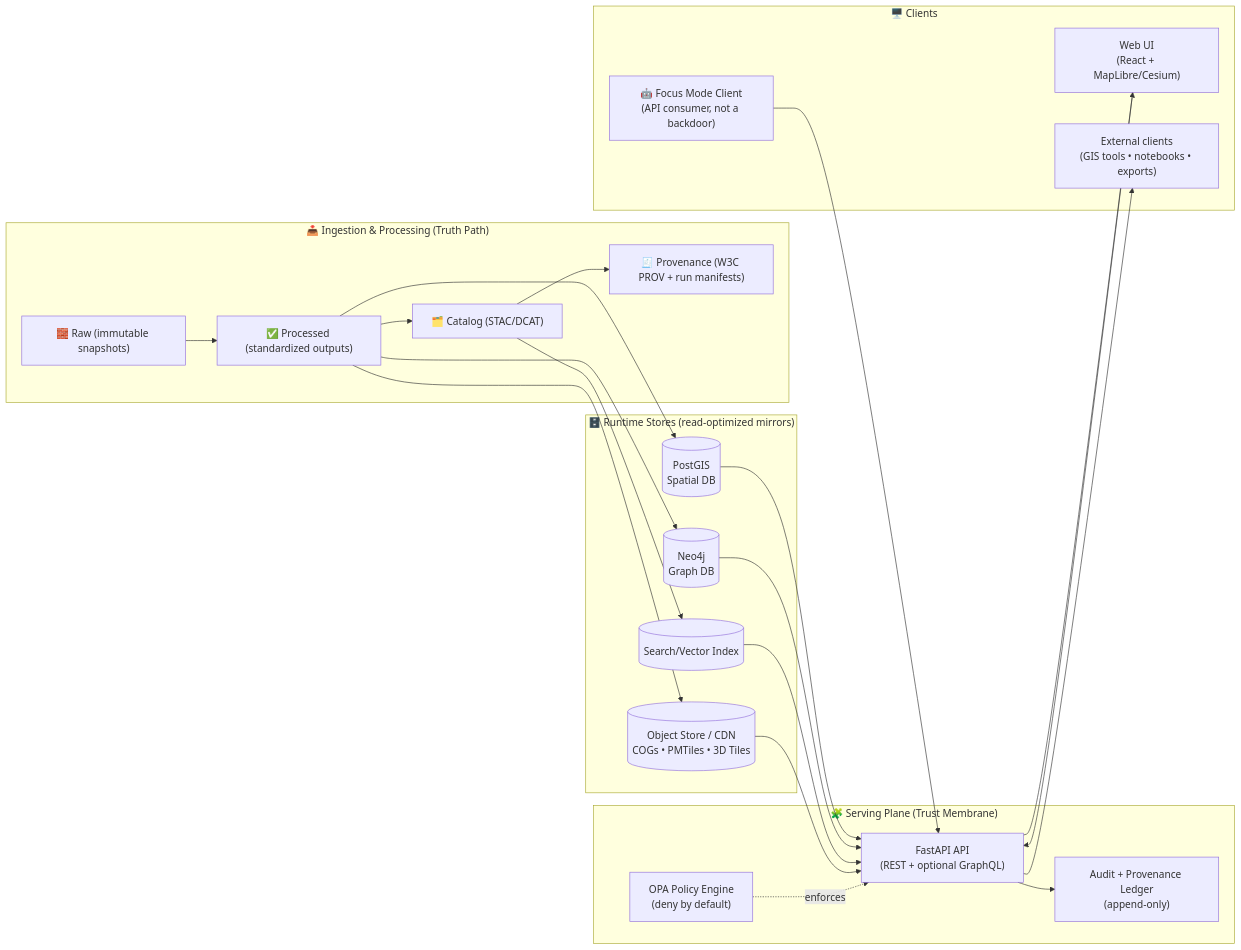
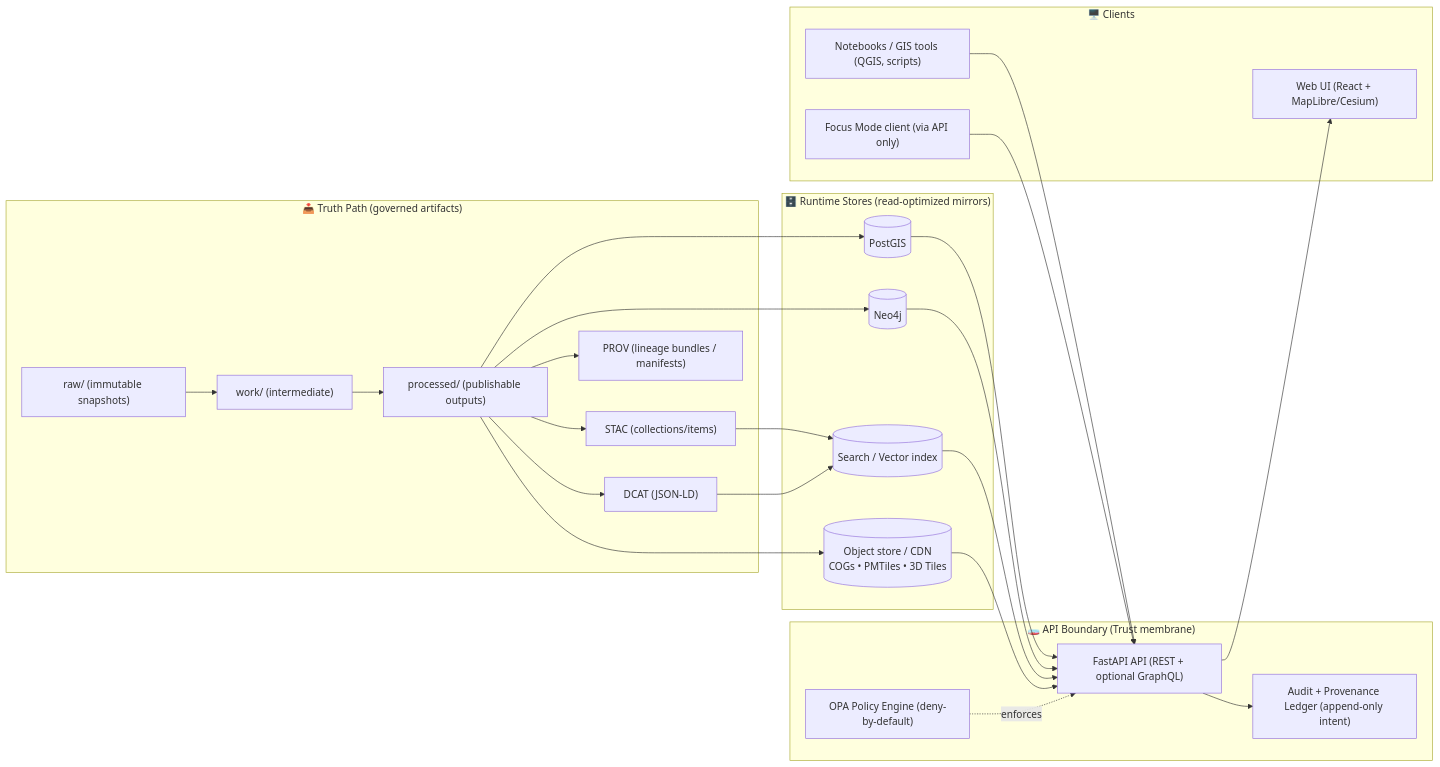
One commit to bartytime4life/Kansas-Frontier-Matrix changed the first of 2 diagrams in api/README.md. Above: the diagram before and after it, drawn with Mermaid. The commit also changed other lines of this file, not shown here.

First line of the commit message:
Revise API boundary terminology and governance details

````diff
--- a/api/README.md
+++ b/api/README.md
@@ -136,41 +149,44 @@
 ```mermaid
 flowchart LR
-  subgraph Ingestion["📥 Ingestion & Processing (Truth Path)"]
-    raw["🧱 Raw (immutable snapshots)"]
-    processed["✅ Processed (standardized outputs)"]
-    catalog["🗂️ Catalog (STAC/DCAT)"]
-    prov["🧾 Provenance (W3C PROV + run manifests)"]
-    raw --> processed --> catalog --> prov
+  subgraph TruthPath["📥 Truth Path (governed artifacts)"]
+    RAW["raw/ (immutable snapshots)"]
+    WORK["work/ (intermediate)"]
+    PROC["processed/ (publishable outputs)"]
+    STAC["STAC (collections/items)"]
+    DCAT["DCAT (JSON-LD)"]
+    PROV["PROV (lineage bundles / manifests)"]
+    RAW --> WORK --> PROC --> STAC
+    PROC --> DCAT
+    PROC --> PROV
   end
 
   subgraph Stores["🗄️ Runtime Stores (read-optimized mirrors)"]
-    postgis[(PostGIS<br/>Spatial DB)]
-    neo4j[(Neo4j<br/>Graph DB)]
-    search[(Search/Vector Index)]
-    object[(Object Store / CDN<br/>COGs • PMTiles • 3D Tiles)]
+    postgis[(PostGIS)]
+    neo4j[(Neo4j)]
+    search[(Search / Vector index)]
+    object[(Object store / CDN<br/>COGs • PMTiles • 3D Tiles)]
   end
 
-  subgraph Backend["🧩 Serving Plane (Trust Membrane)"]
-    api["FastAPI API<br/>(REST + optional GraphQL)"]
-    opa["OPA Policy Engine<br/>(deny by default)"]
-    audit["Audit + Provenance Ledger<br/>(append-only)"]
+  subgraph Membrane["🧫 API Boundary (Trust membrane)"]
+    api["FastAPI API (REST + optional GraphQL)"]
+    opa["OPA Policy Engine (deny-by-default)"]
+    audit["Audit + Provenance Ledger (append-only intent)"]
   end
 
   subgraph Clients["🖥️ Clients"]
-    ui["Web UI<br/>(React + MapLibre/Cesium)"]
-    ai["🤖 Focus Mode Client<br/>(API consumer, not a backdoor)"]
-    ext["External clients<br/>(GIS tools • notebooks • exports)"]
+    ui["Web UI (React + MapLibre/Cesium)"]
+    notebooks["Notebooks / GIS tools (QGIS, scripts)"]
+    focus["Focus Mode client (via API only)"]
   end
 
-  processed --> postgis & neo4j
-  catalog --> search
-  processed --> object
+  STAC --> search
+  DCAT --> search
+  PROC --> postgis & neo4j & object
 
   postgis & neo4j & search & object --> api --> ui
-  ui --> api
-  ai --> api
-  api --> ext
+  notebooks --> api
+  focus --> api
 
   opa -.enforces.-> api
   api --> audit
 ```
````
